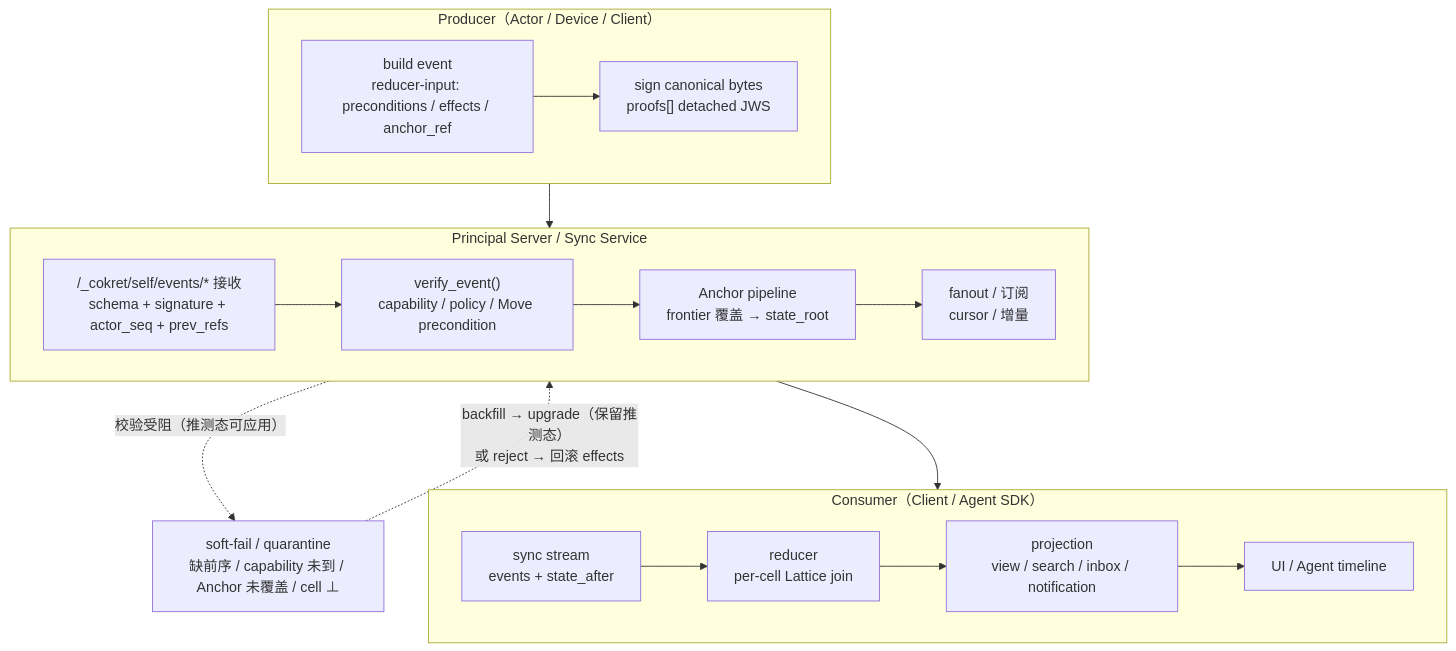
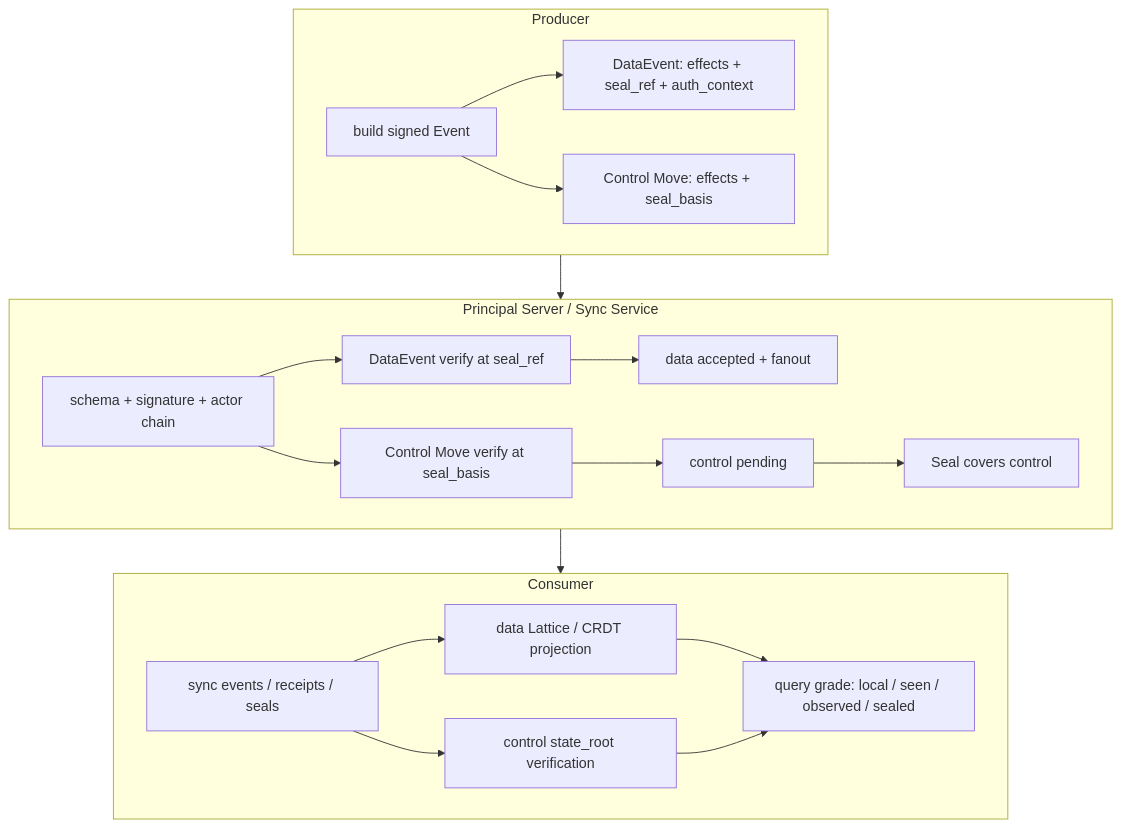
Before and after one commit to arkret-org/arkret-spec: the diagram in spec/v1/zh/sync/operations-sync.md, drawn with Mermaid. The commit also changed other lines of this file and 113 other files, not shown here.

First line of the commit message:
Refactor service surface documentation and update schema definitions

````diff
--- a/spec/v1/zh/sync/operations-sync.md
+++ b/spec/v1/zh/sync/operations-sync.md
@@ -153,33 +140,32 @@
 ```mermaid
 flowchart TB
-    subgraph P ["Producer（Actor / Device / Client）"]
-        direction LR
-        P1["build event<br/>reducer-input: preconditions / effects / anchor_ref"]
-        P2["sign canonical bytes<br/>proofs[] detached JWS"]
+    subgraph P ["Producer"]
+        P1["build signed Event"]
+        P2["DataEvent: effects + seal_ref + auth_context"]
+        P3["Control Move: effects + seal_basis"]
         P1 --> P2
+        P1 --> P3
     end
 
     subgraph S ["Principal Server / Sync Service"]
-        direction LR
-        S1["/_cokret/self/events/* 接收<br/>schema + signature + actor_seq + prev_refs"]
-        S2["verify_event()<br/>capability / policy / Move precondition"]
-        S3["Anchor pipeline<br/>frontier 覆盖 → state_root"]
-        S4["fanout / 订阅<br/>cursor / 增量"]
-        S1 --> S2 --> S3 --> S4
+        S1["schema + signature + actor chain"]
+        S2["DataEvent verify at seal_ref"]
+        S3["Control Move verify at seal_basis"]
+        S4["data accepted + fanout"]
+        S5["control pending"]
+        S6["Seal covers control"]
+        S1 --> S2 --> S4
+        S1 --> S3 --> S5 --> S6
     end
 
-    subgraph C ["Consumer（Client / Agent SDK）"]
-        direction LR
-        C1["sync stream<br/>events + state_after"]
-        C2["reducer<br/>per-cell Lattice join"]
-        C3["projection<br/>view / search / inbox / notification"]
-        C4["UI / Agent timeline"]
-        C1 --> C2 --> C3 --> C4
+    subgraph C ["Consumer"]
+        C1["sync events / receipts / seals"]
+        C2["data Lattice / CRDT projection"]
+        C3["control state_root verification"]
+        C4["query grade: local / seen / observed / sealed"]
+        C1 --> C2 --> C4
+        C1 --> C3 --> C4
     end
 
     P --> S --> C
-
-    SF["soft-fail / quarantine<br/>缺前序 / capability 未到 / Anchor 未覆盖 / cell ⊥"]
-    S2 -. "校验受阻（推测态可应用）" .-> SF
-    SF -. "backfill → upgrade（保留推测态）<br/>或 reject → 回滚 effects" .-> S2
 ```
````
